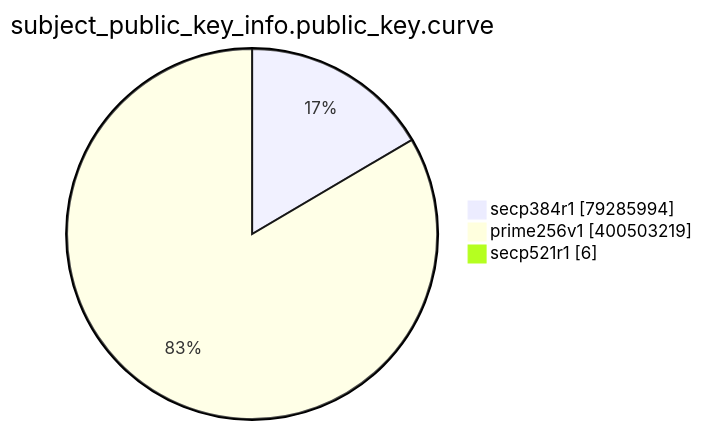
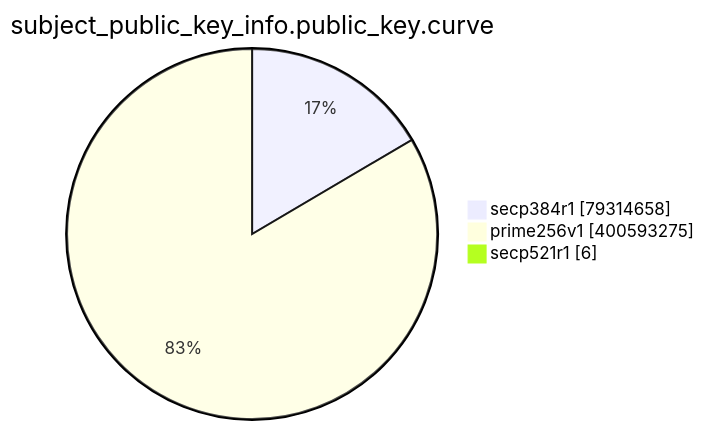
The eighth of 15 diagrams in TOTAL/README.md (christiankrug/ctmonitor_visualization), drawn with Mermaid before and after one commit. The commit also changed other lines of this file, not shown here.

````diff
--- a/TOTAL/README.md
+++ b/TOTAL/README.md
@@ -3095,7 +3095,7 @@
 ```mermaid
 pie showData
 title subject_public_key_info.public_key.curve
-"secp384r1" :79285994
-"prime256v1" :400503219
+"secp384r1" :79314658
+"prime256v1" :400593275
 "secp521r1" :6
 ```
````
